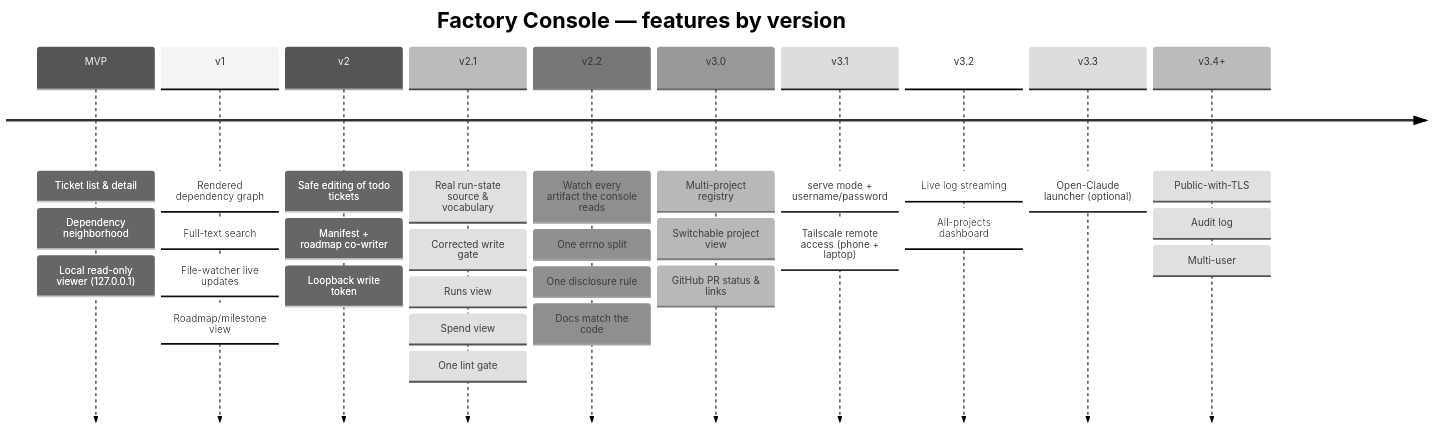
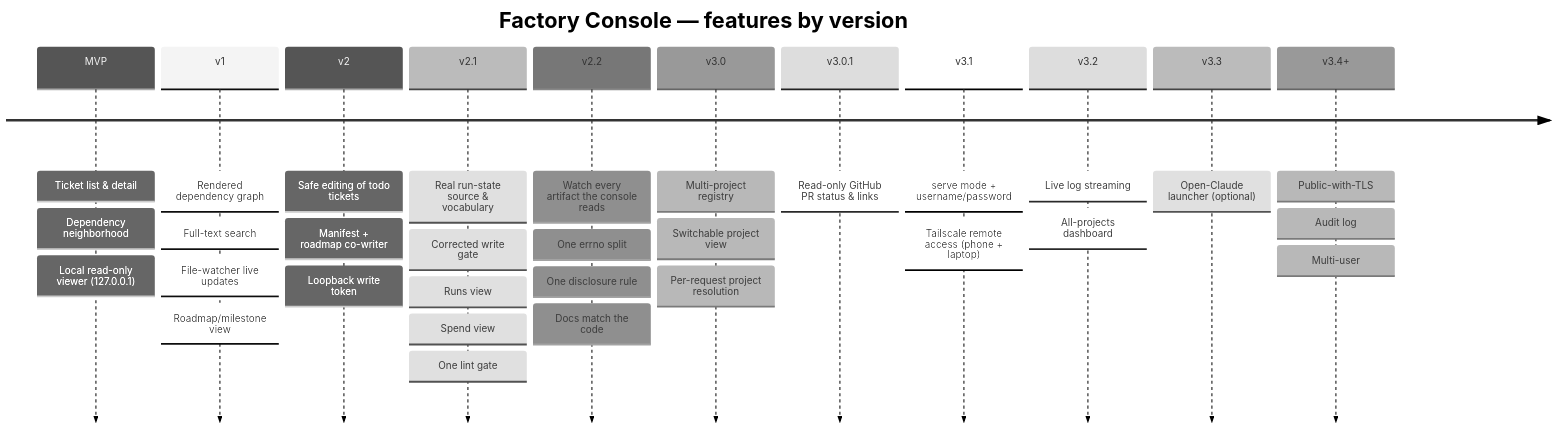
The diagram in docs/planning/ROADMAP.md (abbasihsn/factory-console), drawn with Mermaid (neutral theme) before and after one commit. The commit also changed other lines of this file and 41 other files, not shown here.

Commit message:
Ticket v3.0 as a 28-ticket multi-project read plane + v3.0.1 as a 12-ticket GitHub PR read

````diff
--- a/docs/planning/ROADMAP.md
+++ b/docs/planning/ROADMAP.md
@@ -20,14 +20,15 @@
 ```mermaid
 timeline
     title Factory Console — features by version
     MVP : Ticket list & detail : Dependency neighborhood : Local read-only viewer (127.0.0.1)
     v1 : Rendered dependency graph : Full-text search : File-watcher live updates : Roadmap/milestone view
     v2 : Safe editing of todo tickets : Manifest + roadmap co-writer : Loopback write token
     v2.1 : Real run-state source & vocabulary : Corrected write gate : Runs view : Spend view : One lint gate
     v2.2 : Watch every artifact the console reads : One errno split : One disclosure rule : Docs match the code
-    v3.0 : Multi-project registry : Switchable project view : GitHub PR status & links
+    v3.0 : Multi-project registry : Switchable project view : Per-request project resolution
+    v3.0.1 : Read-only GitHub PR status & links
     v3.1 : serve mode + username/password : Tailscale remote access (phone + laptop)
     v3.2 : Live log streaming : All-projects dashboard
     v3.3 : Open-Claude launcher (optional)
     v3.4+ : Public-with-TLS : Audit log : Multi-user
 ```
````
